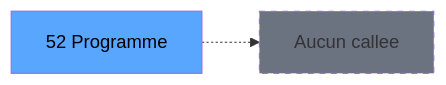
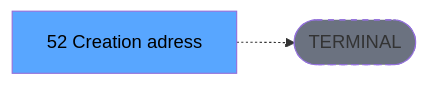
One commit to thonyAGP/lecteur-magic changed the third of 3 diagrams in .openspec/specs/ADH-IDE-52.md. Above: the diagram before and after it, drawn with Mermaid. The commit also changed other lines of this file and 701 other files, not shown here.

````diff
--- a/.openspec/specs/ADH-IDE-52.md
+++ b/.openspec/specs/ADH-IDE-52.md
@@ -145,8 +136,8 @@
 ```mermaid
 graph LR
-    T[52 Programme]
-    NONE[Aucun callee]
-    T -.-> NONE
+    T[52 Creation adress]
+    TERM([TERMINAL])
+    T -.-> TERM
+    style TERM fill:#6b7280,stroke-dasharray: 5 5
     style T fill:#58a6ff,color:#000
-    style NONE fill:#6b7280,stroke-dasharray: 5 5
 ```
````
